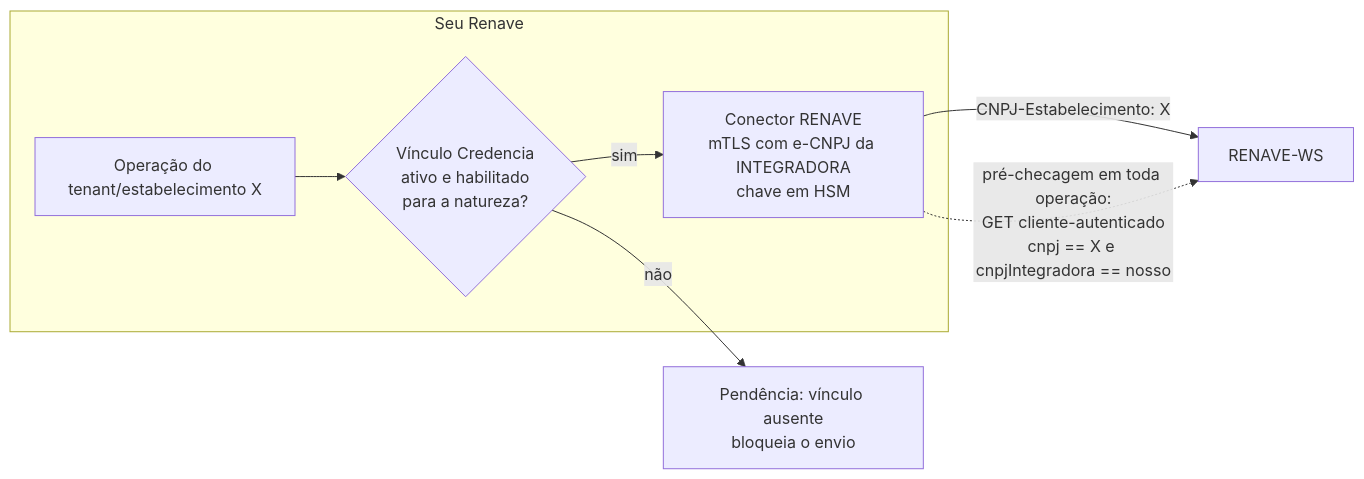
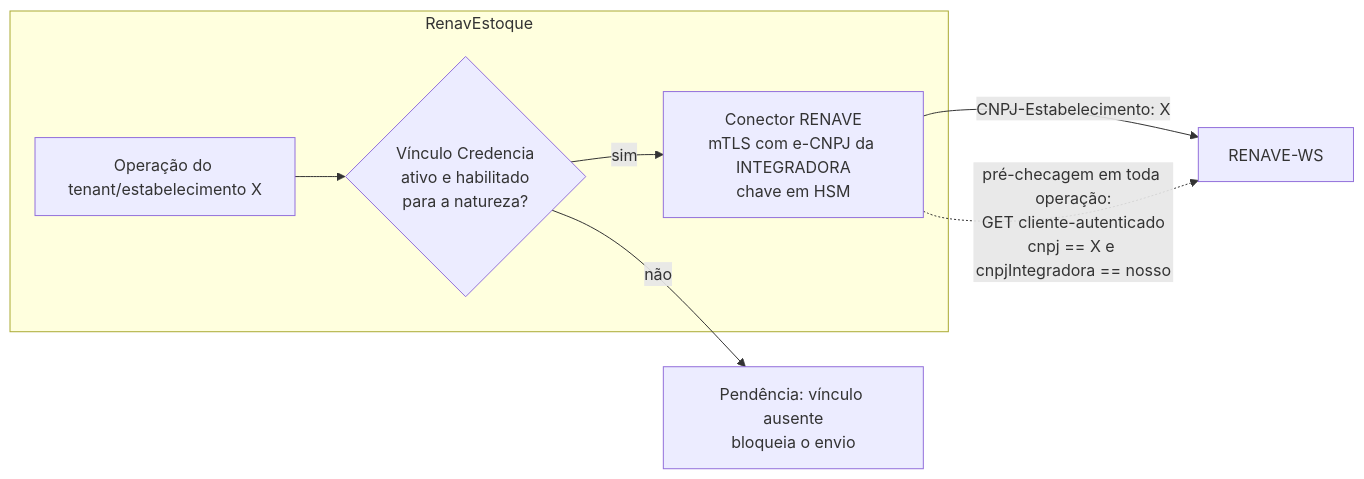
One commit to joaopaulomirandamatias/renave changed the diagram in docs/14-integracao-serpro.md. Above: the diagram before and after it, drawn with Mermaid. The commit also changed other lines of this file and 18 other files, not shown here.

Commit message:
chore(brand): rename product to RenavEstoque

````diff
--- a/docs/14-integracao-serpro.md
+++ b/docs/14-integracao-serpro.md
@@ -32,13 +32,13 @@
 ```mermaid
 flowchart LR
-  subgraph SR[Seu Renave]
+  subgraph SR[RenavEstoque]
     OP[Operação do tenant/estabelecimento X]
     VC{Vínculo Credencia<br/>ativo e habilitado<br/>para a natureza?}
     CX[Conector RENAVE<br/>mTLS com e-CNPJ da INTEGRADORA<br/>chave em HSM]
   end
   OP --> VC
   VC -- não --> P[Pendência: vínculo ausente<br/>bloqueia o envio]
   VC -- sim --> CX
   CX -- "CNPJ-Estabelecimento: X" --> R[RENAVE-WS]
   CX -. "pré-checagem em toda operação:<br/>GET cliente-autenticado<br/>cnpj == X e cnpjIntegradora == nosso" .-> R
 ```
````
